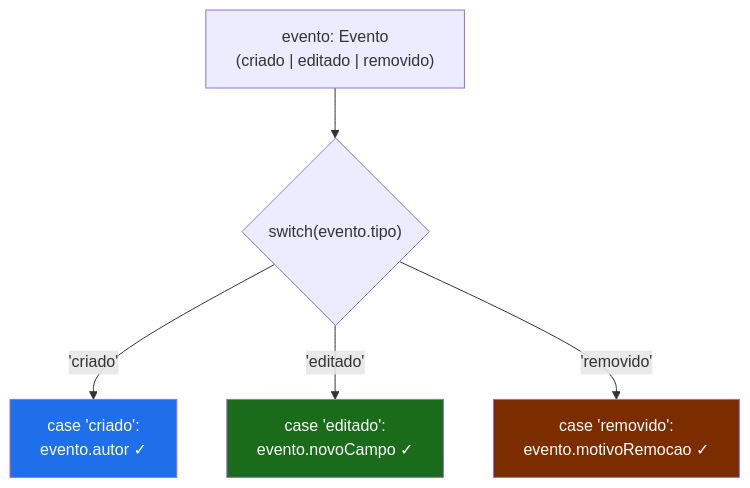
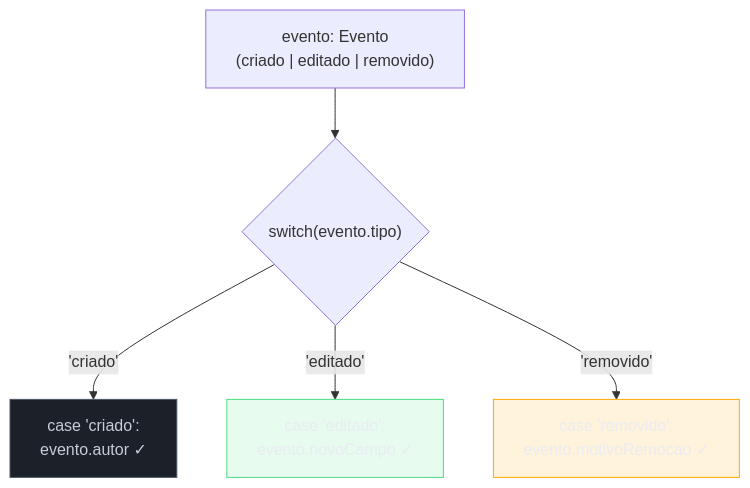
The third of 5 diagrams in 03-Dominios/Tecnologia/TypeScript/09 - Type narrowing e type guards.md (josenaldo/codex-technomanticus), drawn with Mermaid before and after one commit. The commit also changed other lines of this file and 1181 other files, not shown here.

First line of the commit message:
fix(diagramas): paleta do sistema no lugar de cor cravada no markdown

````diff
--- a/03-Dominios/Tecnologia/TypeScript/09 - Type narrowing e type guards.md
+++ b/03-Dominios/Tecnologia/TypeScript/09 - Type narrowing e type guards.md
@@ -264,17 +269,20 @@
 ```mermaid
 flowchart TD
+    classDef neutro fill:#1B2029,stroke:#4E5666,color:#C6CCD8
+    classDef ok fill:#4ADE8021,stroke:#4ADE80,color:#E9ECF2
+    classDef destaque fill:#FFAA0024,stroke:#FFAA00,color:#E9ECF2
     E["evento: Evento\n(criado | editado | removido)"]
     S{"switch(evento.tipo)"}
     C["case 'criado':\nevento.autor ✓"]
     Ed["case 'editado':\nevento.novoCampo ✓"]
     R["case 'removido':\nevento.motivoRemocao ✓"]
 
     E --> S
     S -->|"'criado'"| C
     S -->|"'editado'"| Ed
     S -->|"'removido'"| R
 
-    style C fill:#1f6feb,color:#fff
-    style Ed fill:#1a6b1a,color:#fff
-    style R fill:#7b2d00,color:#fff
+    class C neutro
+    class Ed ok
+    class R destaque
 ```
````
